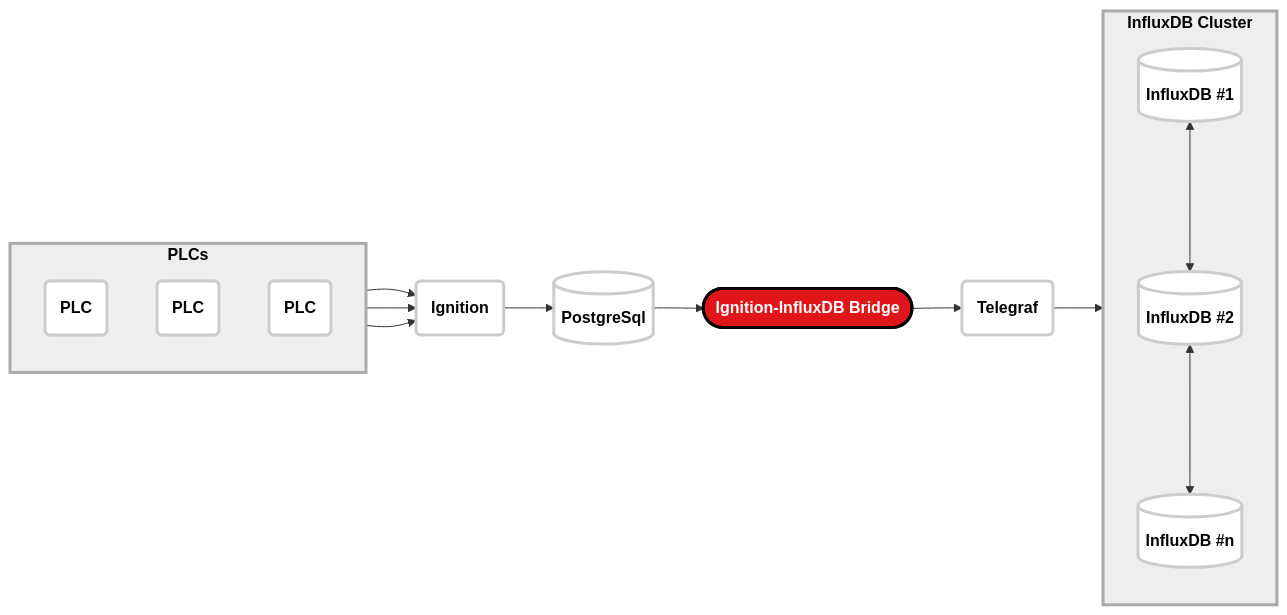
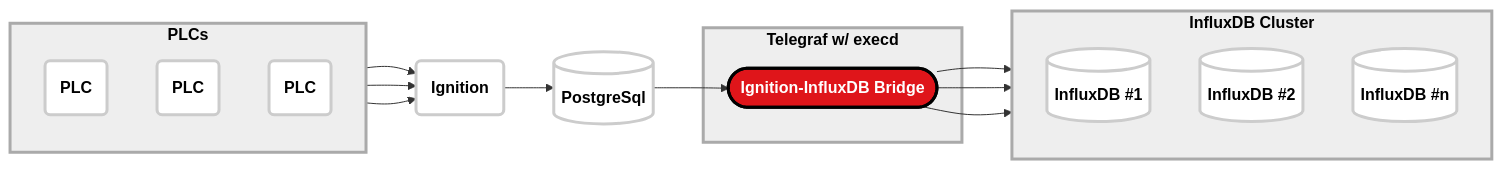
The diagram in README.md (tobyvarland/ignition_influxdb_bridge), drawn with Mermaid before and after one commit.

Commit message:
Update flowchart

````diff
--- a/README.md
+++ b/README.md
@@ -9,30 +9,30 @@
 ```mermaid
 flowchart LR
  subgraph PLC["PLCs"]
     direction TB
         PLC1("PLC")
         PLC2("PLC")
         PLC3("PLC")
   end
  subgraph InfluxDB["InfluxDB Cluster"]
     direction TB
         InfluxDB1[("InfluxDB #1")]
         InfluxDB2[("InfluxDB #2")]
         InfluxDBN[("InfluxDB #n")]
   end
+  subgraph Telegraf["Telegraf w/ execd"]
+  Bridge(["Ignition-InfluxDB Bridge"])
+  end
     PLC1 --> Ignition("Ignition")
     PLC2 --> Ignition
     PLC3 --> Ignition
     Ignition --> PGSQL[("PostgreSql")]
-    PGSQL --> Bridge(["Ignition-InfluxDB Bridge"])
-    Bridge --> Telegraf("Telegraf")
-    Telegraf --> InfluxDB
-    InfluxDB1 <---> InfluxDB2
-    InfluxDB2 <---> InfluxDBN
+    PGSQL --> Bridge
+    Bridge --> InfluxDB1 & InfluxDB2 & InfluxDBN
     classDef basic fill:#ffffff,stroke:#cccccc,stroke-width:3px,color:#000000,font-weight:bold;
     classDef bridge fill:#df151a,stroke:#000000,stroke-width:3px,color:#ffffff,font-weight:bold;
     classDef box fill:#eeeeee,stroke:#aaaaaa,stroke-width:3px,color:#000000,font-weight:bold;
     class PLC1,PLC2,PLC3,Ignition,PGSQL,Telegraf,InfluxDB1,InfluxDB2,InfluxDBN basic;
     class Bridge bridge;
-    class PLC,InfluxDB box;
+    class PLC,InfluxDB,Telegraf box;
 ```
````
